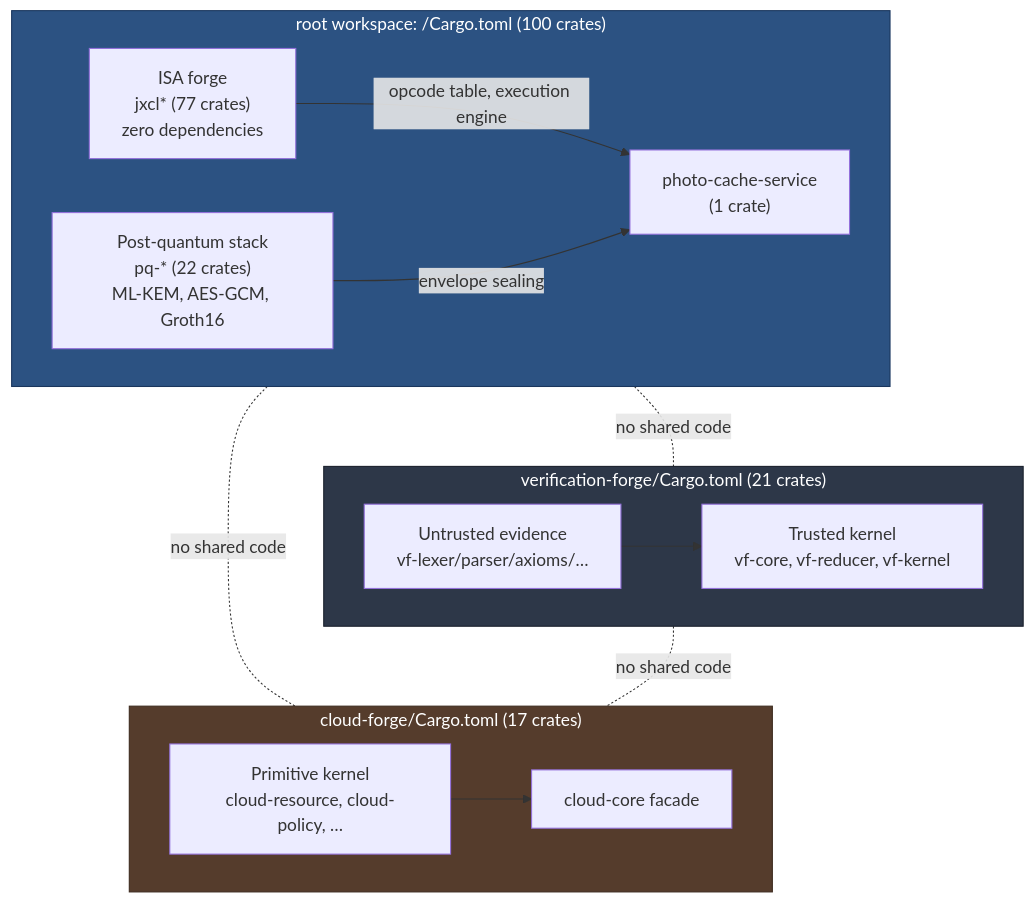
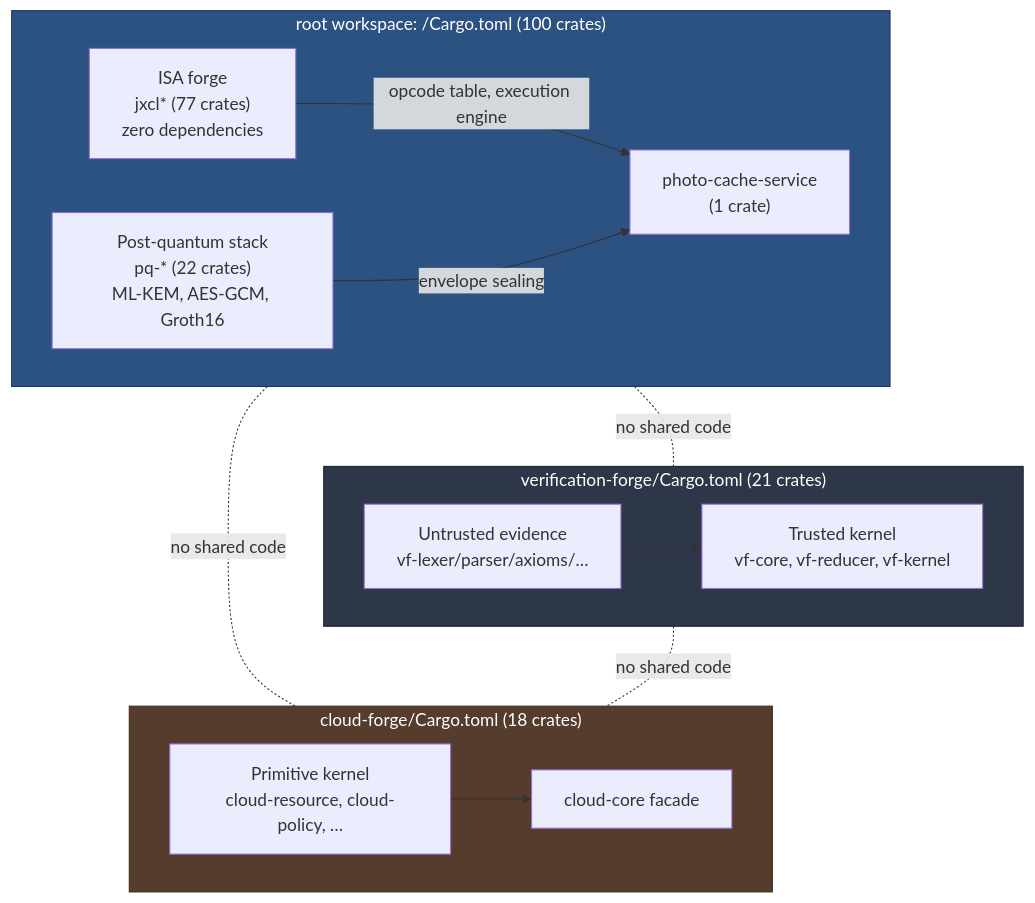
One commit to SNAPKITTYAGENT9NOVA/tlm-jxcl-forge changed the first of 5 diagrams in README.md. Above: the diagram before and after it, drawn with Mermaid. The commit also changed other lines of this file and 7 other files, not shown here.

````diff
--- a/README.md
+++ b/README.md
@@ -69,33 +69,33 @@
 ```mermaid
 flowchart TB
     subgraph ROOT["root workspace: /Cargo.toml (100 crates)"]
         direction LR
         isa["ISA forge<br/>jxcl* (77 crates)<br/>zero dependencies"]
         pq["Post-quantum stack<br/>pq-* (22 crates)<br/>ML-KEM, AES-GCM, Groth16"]
         svc["photo-cache-service<br/>(1 crate)"]
         isa -->|opcode table, execution engine| svc
         pq -->|envelope sealing| svc
     end
 
     subgraph VF["verification-forge/Cargo.toml (21 crates)"]
         direction LR
         vfk["Trusted kernel<br/>vf-core, vf-reducer, vf-kernel"]
         vfe["Untrusted evidence<br/>vf-lexer/parser/axioms/…"]
         vfe --> vfk
     end
 
-    subgraph CF["cloud-forge/Cargo.toml (17 crates)"]
+    subgraph CF["cloud-forge/Cargo.toml (18 crates)"]
         direction LR
         cfk["Primitive kernel<br/>cloud-resource, cloud-policy, …"]
         cfc["cloud-core facade"]
         cfk --> cfc
     end
 
     ROOT -.no shared code.- VF
     ROOT -.no shared code.- CF
     VF -.no shared code.- CF
 
     style ROOT fill:#2c5282,color:#fff,stroke:#1a365d
     style VF fill:#2d3748,color:#fff,stroke:#1a202c
     style CF fill:#553c2c,color:#fff,stroke:#3d2b1f
 ```
````
